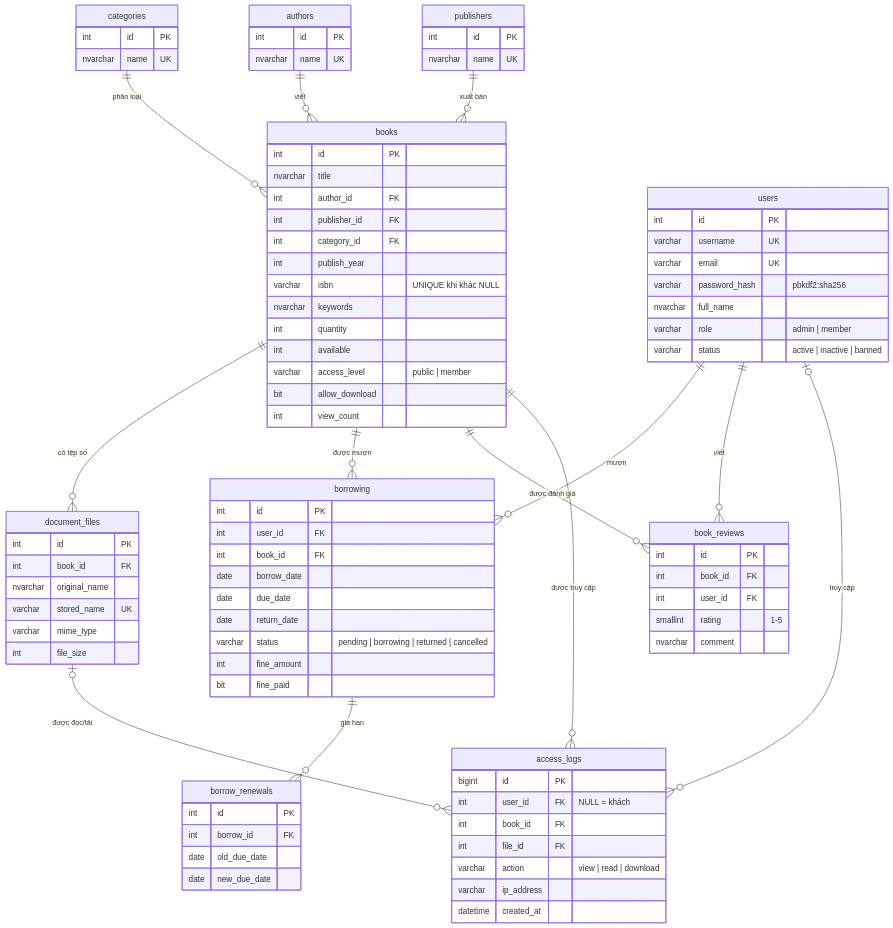
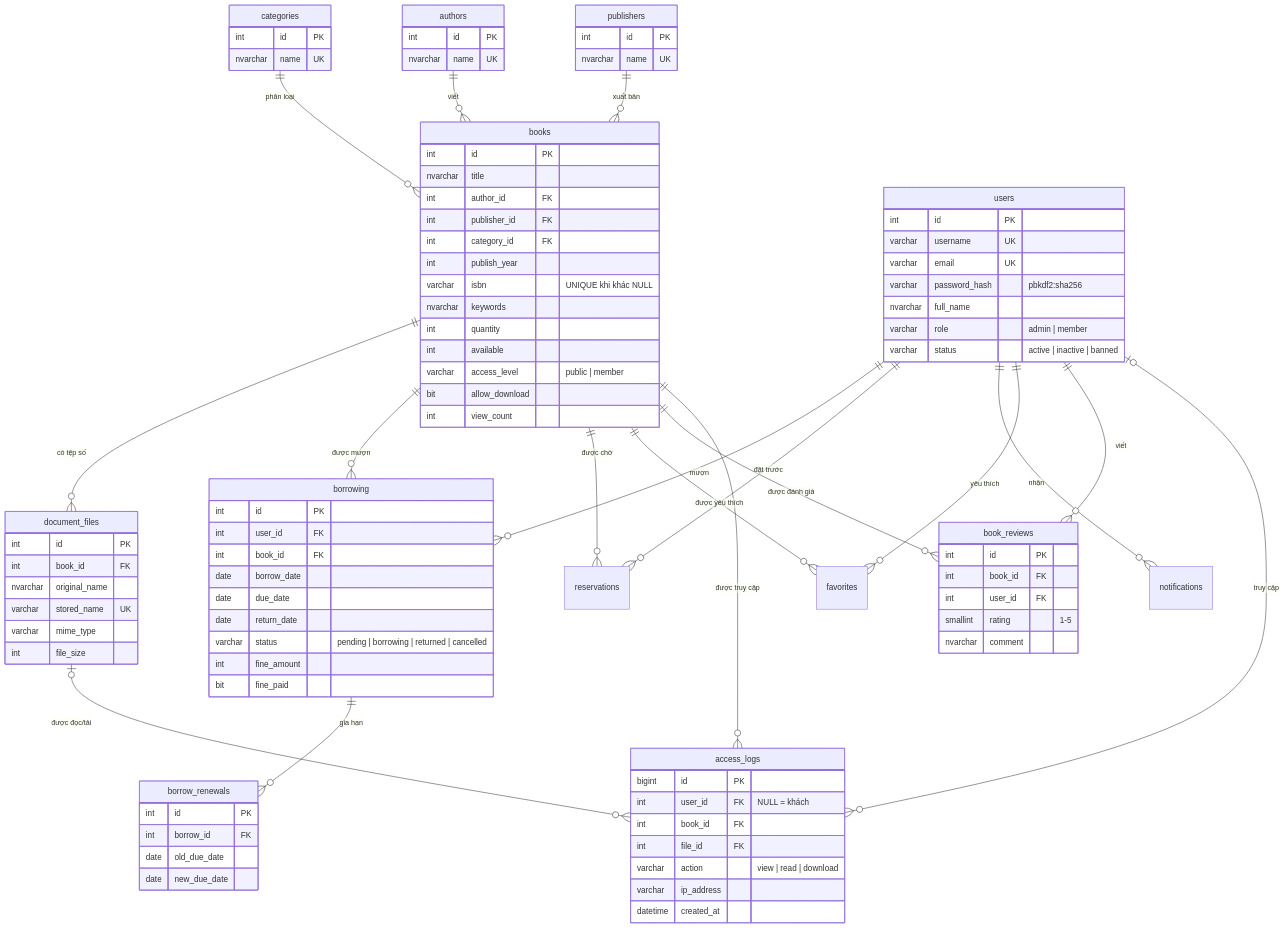
Before and after one commit to phuctran200299-hash/thuvien_flask: the second of 3 diagrams in README.md, drawn with Mermaid. The commit also changed other lines of this file and 20 other files, not shown here.

First line of the commit message:
Bổ sung đặt trước, thông báo, yêu thích, quản trị người dùng, lập phiếu tại quầy, kiểm duyệt đánh giá

```diff
--- a/README.md
+++ b/README.md
@@ -139,6 +140,11 @@
     books ||--o{ document_files : "có tệp số"
     books ||--o{ borrowing : "được mượn"
     users ||--o{ borrowing : "mượn"
+    users ||--o{ reservations : "đặt trước"
+    books ||--o{ reservations : "được chờ"
+    users ||--o{ notifications : "nhận"
+    users ||--o{ favorites : "yêu thích"
+    books ||--o{ favorites : "được yêu thích"
     borrowing ||--o{ borrow_renewals : "gia hạn"
     books ||--o{ book_reviews : "được đánh giá"
     users ||--o{ book_reviews : "viết"
```
